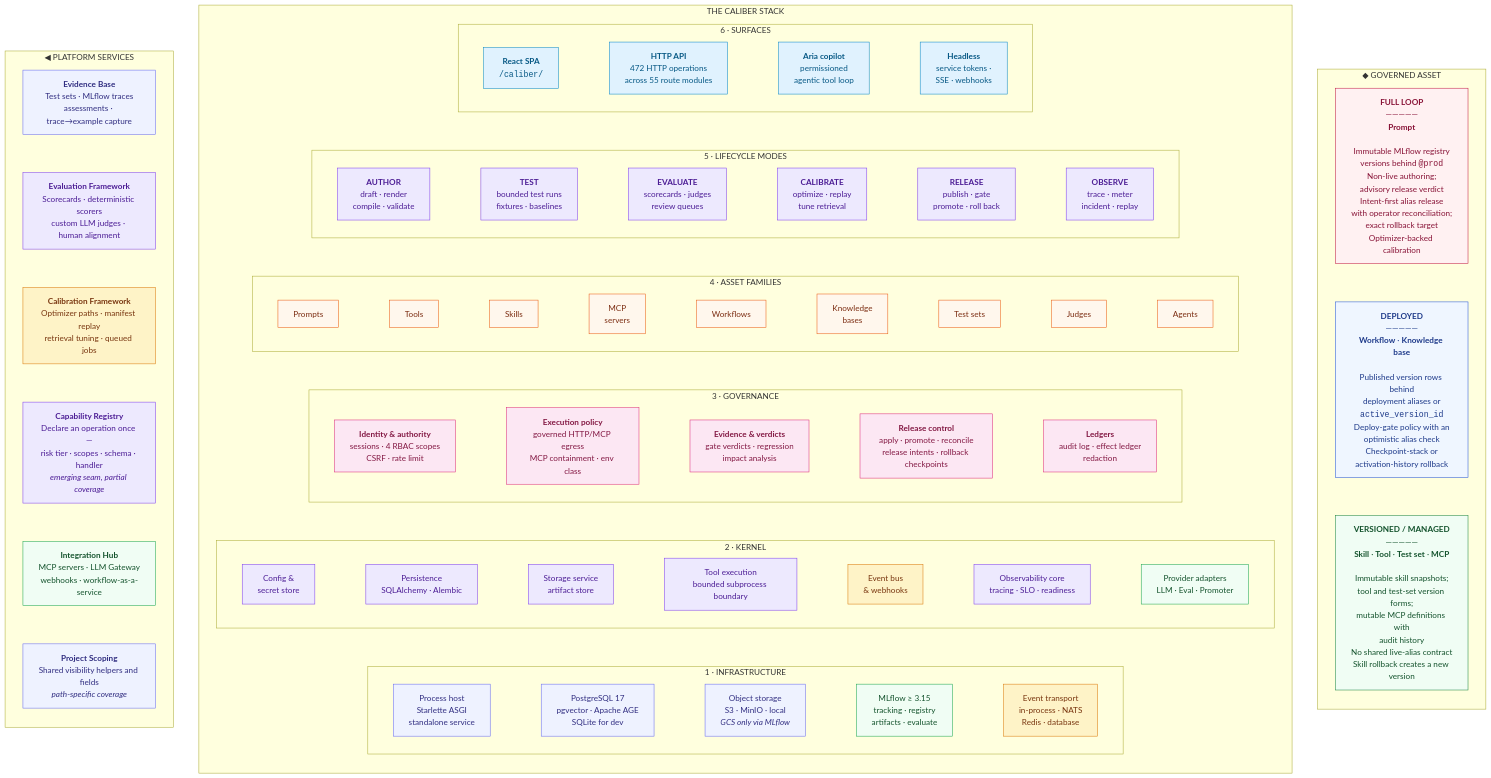
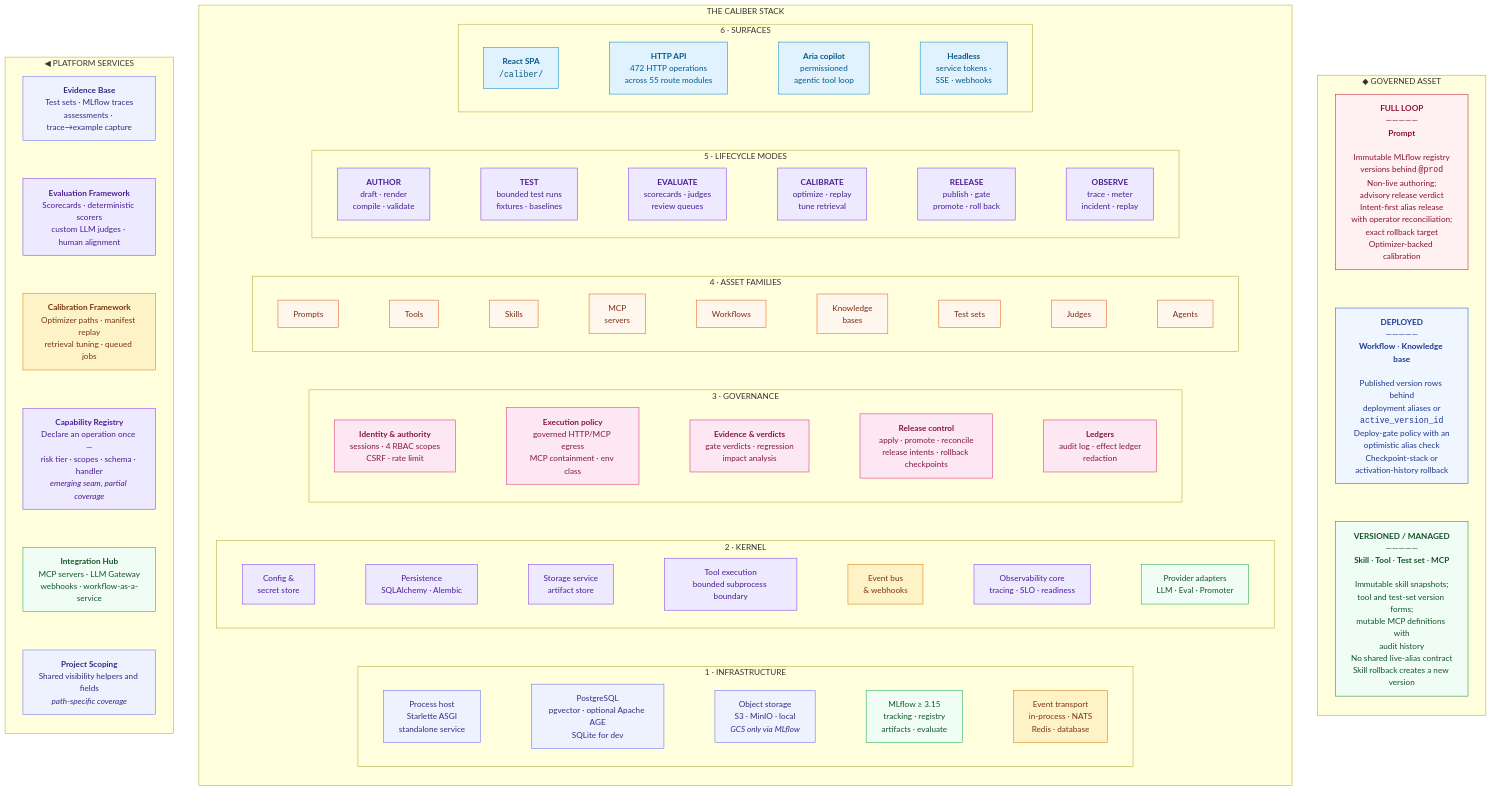
Before and after one commit to rrahimi-uci/caliber-suite: the first of 8 diagrams in ARCHITECTURE.md, drawn with Mermaid. The commit also changed other lines of this file and 29 other files, not shown here.

```diff
--- a/ARCHITECTURE.md
+++ b/ARCHITECTURE.md
@@ -161,7 +161,7 @@
     subgraph L1["1 · INFRASTRUCTURE"]
       direction LR
       i1["Process host<br/>Starlette ASGI<br/>standalone service"]:::store
-      i2["PostgreSQL 17<br/>pgvector · Apache AGE<br/>SQLite for dev"]:::store
+      i2["PostgreSQL<br/>pgvector · optional Apache AGE<br/>SQLite for dev"]:::store
       i3["Object storage<br/>S3 · MinIO · local<br/><i>GCS only via MLflow</i>"]:::store
       i4["MLflow ≥ 3.15<br/>tracking · registry<br/>artifacts · evaluate"]:::ext
       i5["Event transport<br/>in-process · NATS<br/>Redis · database"]:::async
```
